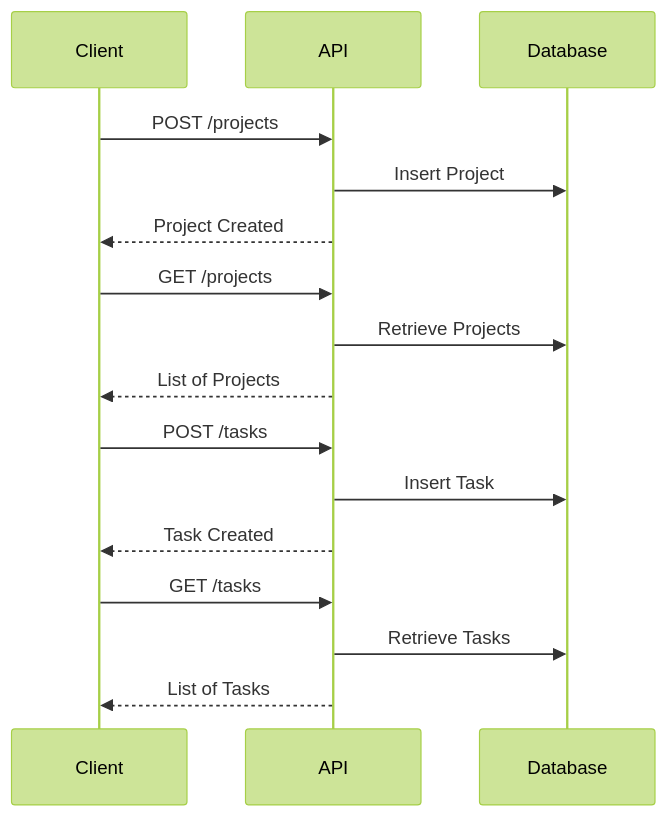
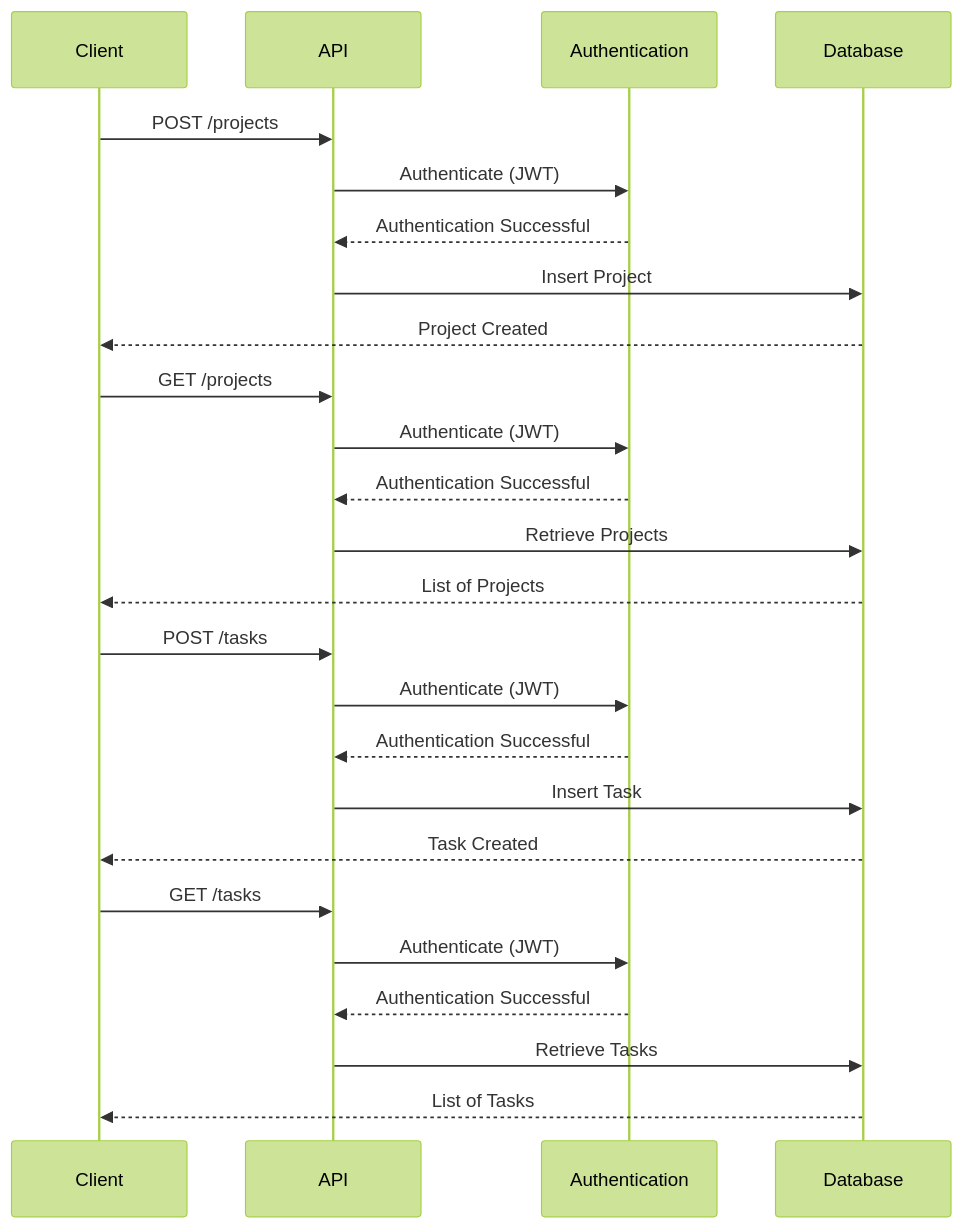
The diagram in README.md (W4N2/rest-api), drawn with Mermaid (forest theme) before and after one commit.

````diff
--- a/README.md
+++ b/README.md
@@ -131,23 +131,33 @@
 ```mermaid
 
 sequenceDiagram
   participant Client
   participant API
+  participant Authentication
   participant Database
 
   Client ->> API: POST /projects
+  API ->> Authentication: Authenticate (JWT)
+  Authentication -->> API: Authentication Successful
   API ->> Database: Insert Project
-  API -->> Client: Project Created
+  Database -->> Client: Project Created
 
   Client ->> API: GET /projects
+  API ->> Authentication: Authenticate (JWT)
+  Authentication -->> API: Authentication Successful
   API ->> Database: Retrieve Projects
-  API -->> Client: List of Projects
+  Database -->> Client: List of Projects
 
   Client ->> API: POST /tasks
+  API ->> Authentication: Authenticate (JWT)
+  Authentication -->> API: Authentication Successful
   API ->> Database: Insert Task
-  API -->> Client: Task Created
+  Database -->> Client: Task Created
 
   Client ->> API: GET /tasks
+  API ->> Authentication: Authenticate (JWT)
+  Authentication -->> API: Authentication Successful
   API ->> Database: Retrieve Tasks
-  API -->> Client: List of Tasks
+  Database -->> Client: List of Tasks
+
 ```
````
